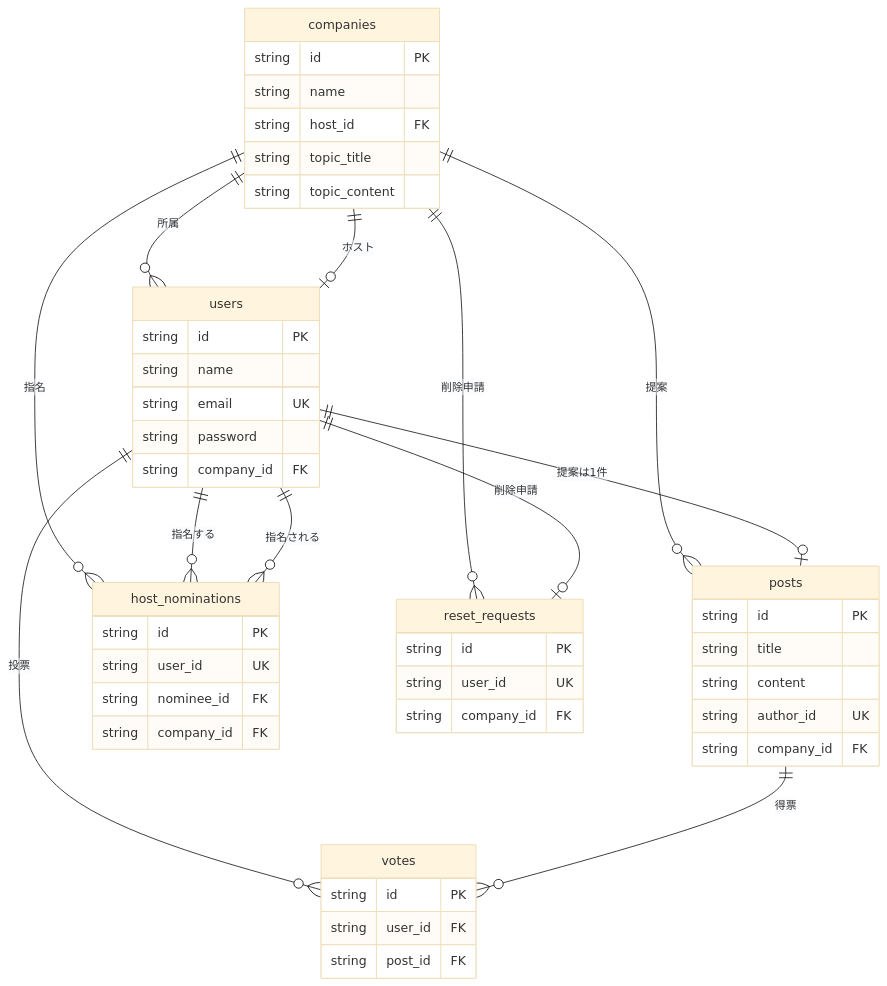
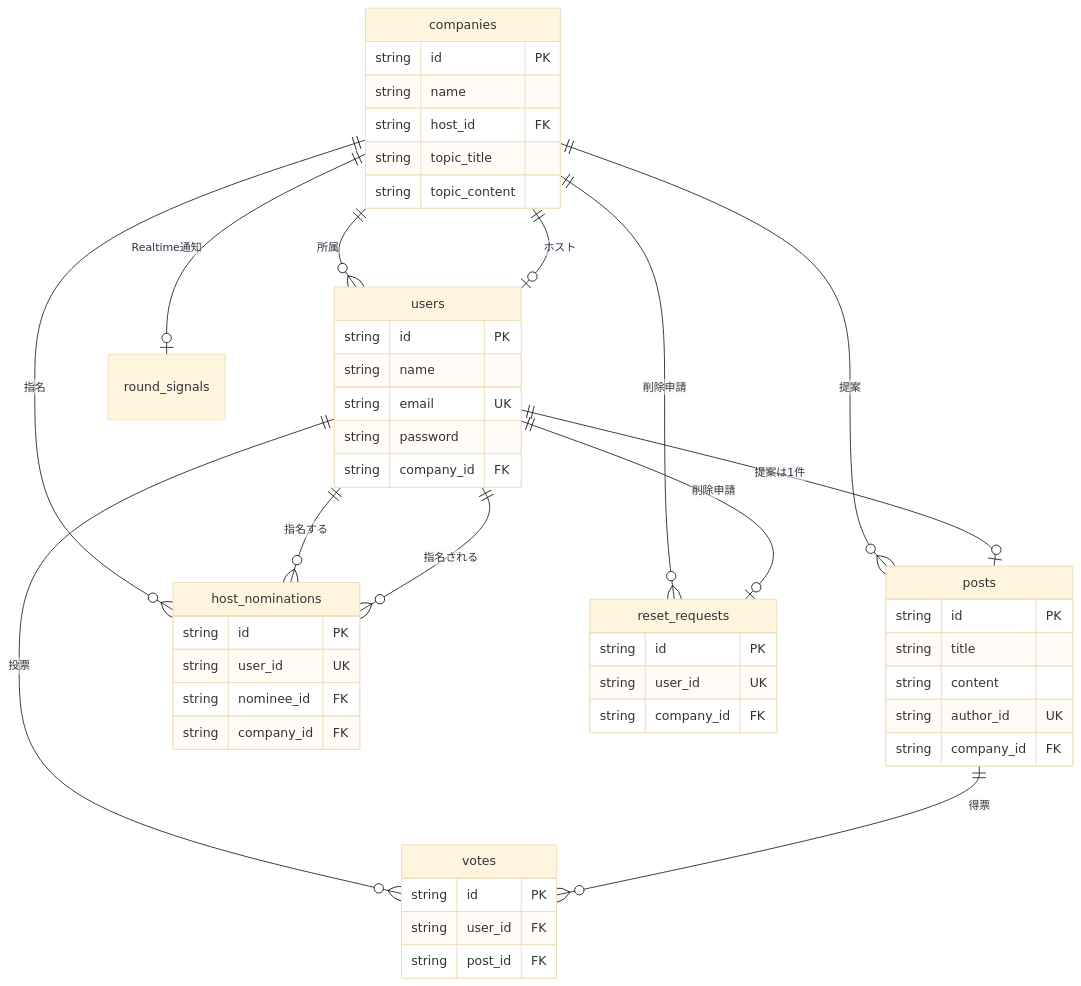
The diagram in README.md (naoki1117/fast-vote), drawn with Mermaid (base theme) before and after one commit. The commit also changed other lines of this file and 20 other files, not shown here.

````diff
--- a/README.md
+++ b/README.md
@@ -204,57 +205,58 @@
 ```mermaid
 erDiagram
   companies ||--o{ users : "所属"
   companies ||--o| users : "ホスト"
   companies ||--o{ posts : "提案"
   companies ||--o{ host_nominations : "指名"
   companies ||--o{ reset_requests : "削除申請"
+  companies ||--o| round_signals : "Realtime通知"
   users ||--o| posts : "提案は1件"
   users ||--o{ votes : "投票"
   users ||--o{ host_nominations : "指名する"
   users ||--o{ host_nominations : "指名される"
   users ||--o| reset_requests : "削除申請"
   posts ||--o{ votes : "得票"
 
   companies {
     string id PK
     string name
     string host_id FK
     string topic_title
     string topic_content
   }
 
   users {
     string id PK
     string name
     string email UK
     string password
     string company_id FK
   }
 
   posts {
     string id PK
     string title
     string content
     string author_id UK
     string company_id FK
   }
 
   votes {
     string id PK
     string user_id FK
     string post_id FK
   }
 
   host_nominations {
     string id PK
     string user_id UK
     string nominee_id FK
     string company_id FK
   }
 
   reset_requests {
     string id PK
     string user_id UK
     string company_id FK
   }
 ```
````
